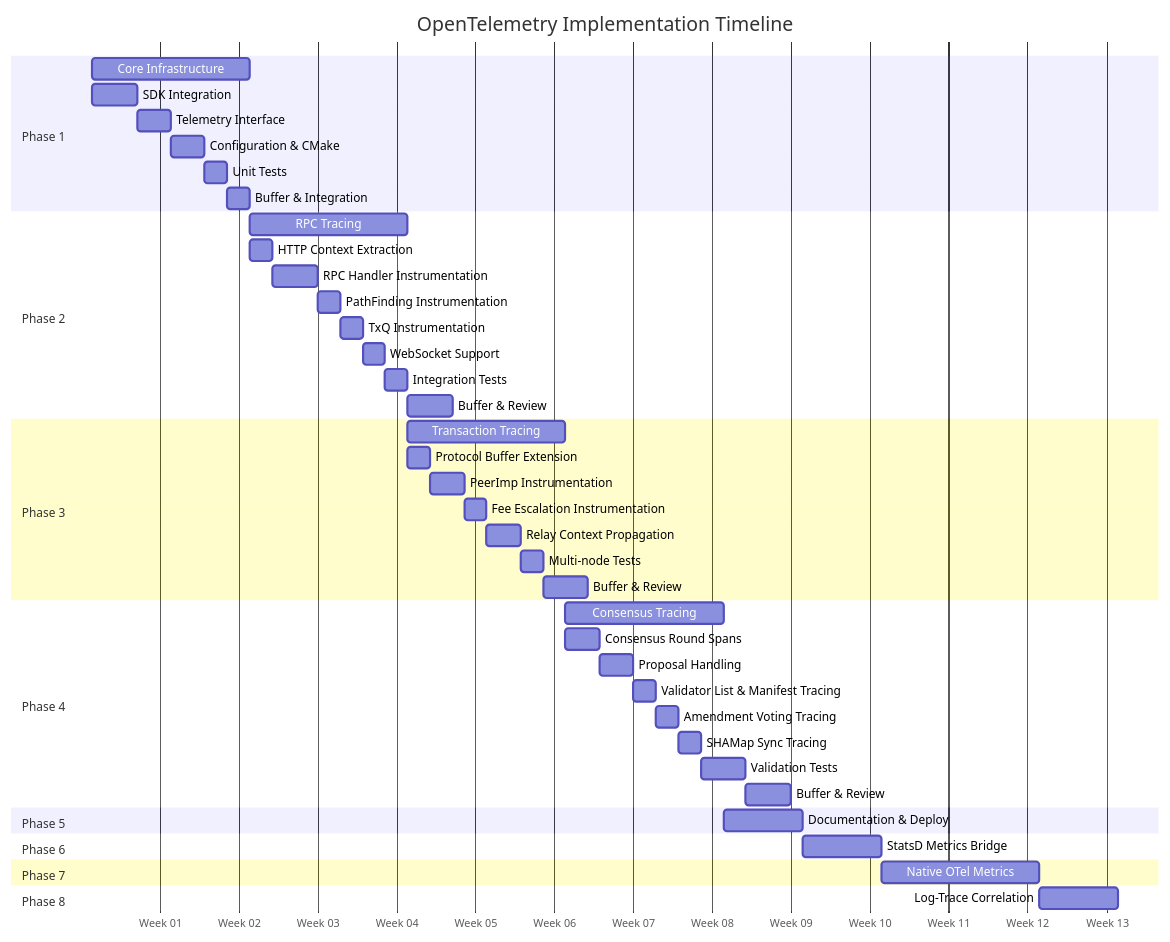
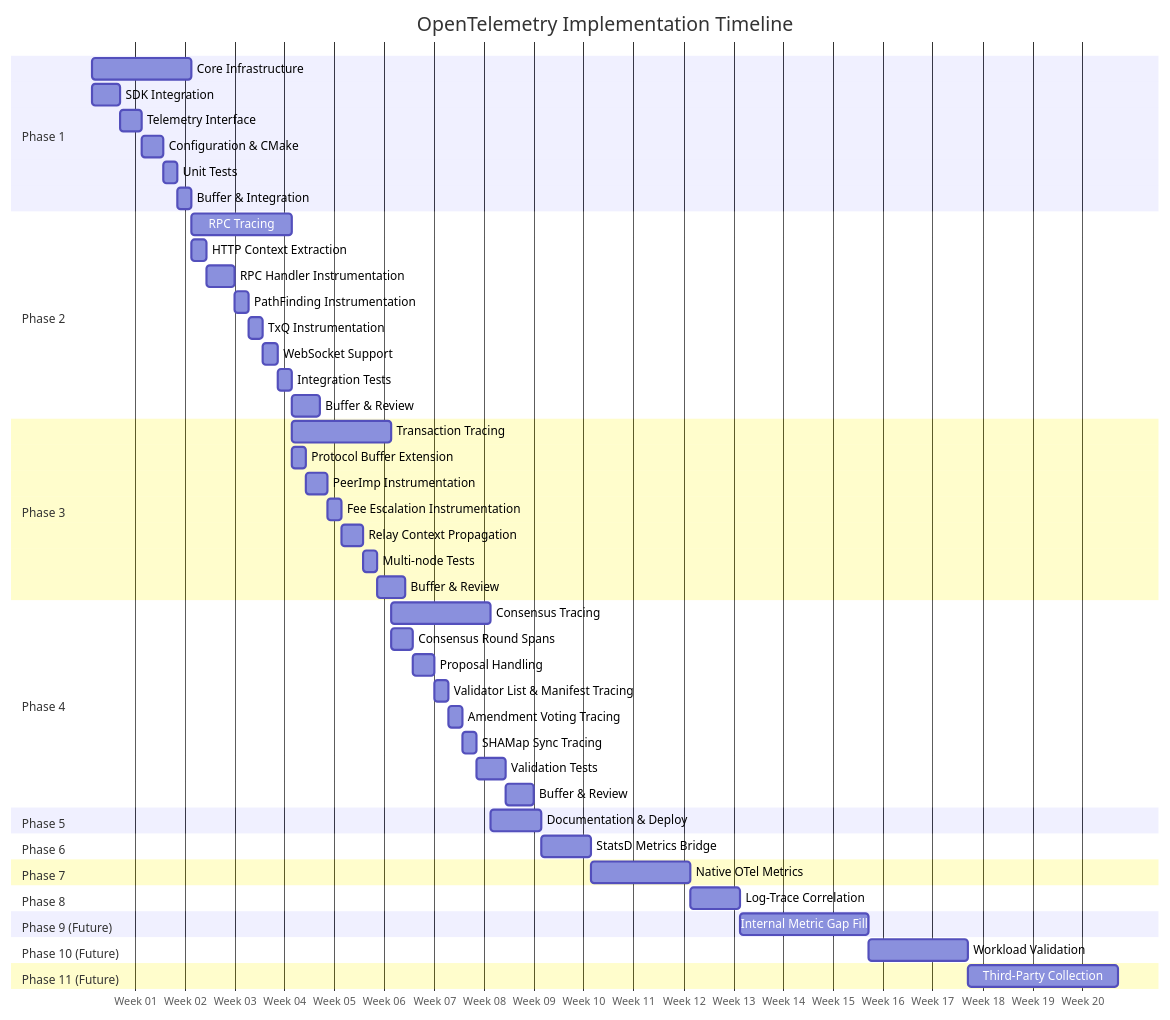
Before and after one commit to XRPLF/rippled: the first of 11 diagrams in OpenTelemetryPlan/06-implementation-phases.md, drawn with Mermaid. The commit also changed other lines of this file and 19 other files, not shown here.

Commit message:
Phase 9: Metric gap fill - nodestore, cache, TxQ, load factor dashboards

````diff
--- a/OpenTelemetryPlan/06-implementation-phases.md
+++ b/OpenTelemetryPlan/06-implementation-phases.md
@@ -12,55 +12,64 @@
 ```mermaid
 gantt
     title OpenTelemetry Implementation Timeline
     dateFormat  YYYY-MM-DD
     axisFormat  Week %W
 
     section Phase 1
     Core Infrastructure        :p1, 2024-01-01, 2w
     SDK Integration           :p1a, 2024-01-01, 4d
     Telemetry Interface       :p1b, after p1a, 3d
     Configuration & CMake     :p1c, after p1b, 3d
     Unit Tests                :p1d, after p1c, 2d
     Buffer & Integration      :p1e, after p1d, 2d
 
     section Phase 2
     RPC Tracing               :p2, after p1, 2w
     HTTP Context Extraction   :p2a, after p1, 2d
     RPC Handler Instrumentation :p2b, after p2a, 4d
     PathFinding Instrumentation :p2f, after p2b, 2d
     TxQ Instrumentation       :p2g, after p2f, 2d
     WebSocket Support         :p2c, after p2g, 2d
     Integration Tests         :p2d, after p2c, 2d
     Buffer & Review           :p2e, after p2d, 4d
 
     section Phase 3
     Transaction Tracing       :p3, after p2, 2w
     Protocol Buffer Extension :p3a, after p2, 2d
     PeerImp Instrumentation   :p3b, after p3a, 3d
     Fee Escalation Instrumentation :p3f, after p3b, 2d
     Relay Context Propagation :p3c, after p3f, 3d
     Multi-node Tests          :p3d, after p3c, 2d
     Buffer & Review           :p3e, after p3d, 4d
 
     section Phase 4
     Consensus Tracing         :p4, after p3, 2w
     Consensus Round Spans     :p4a, after p3, 3d
     Proposal Handling         :p4b, after p4a, 3d
     Validator List & Manifest Tracing :p4f, after p4b, 2d
     Amendment Voting Tracing  :p4g, after p4f, 2d
     SHAMap Sync Tracing       :p4h, after p4g, 2d
     Validation Tests          :p4c, after p4h, 4d
     Buffer & Review           :p4e, after p4c, 4d
 
     section Phase 5
     Documentation & Deploy    :p5, after p4, 1w
 
     section Phase 6
     StatsD Metrics Bridge     :p6, after p5, 1w
 
     section Phase 7
     Native OTel Metrics       :p7, after p6, 2w
 
     section Phase 8
     Log-Trace Correlation     :p8, after p7, 1w
+
+    section Phase 9 (Future)
+    Internal Metric Gap Fill  :p9, after p8, 2.5w
+
+    section Phase 10 (Future)
+    Workload Validation       :p10, after p9, 2w
+
+    section Phase 11 (Future)
+    Third-Party Collection    :p11, after p10, 3w
 ```
````
